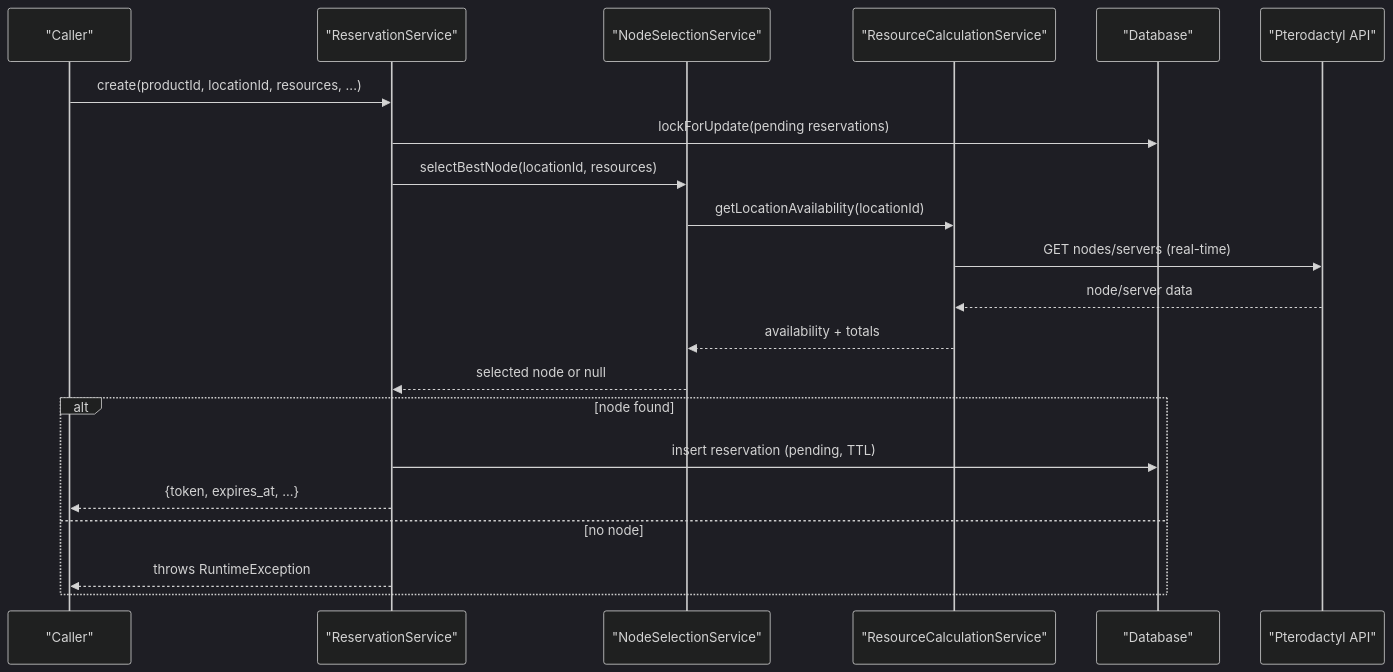
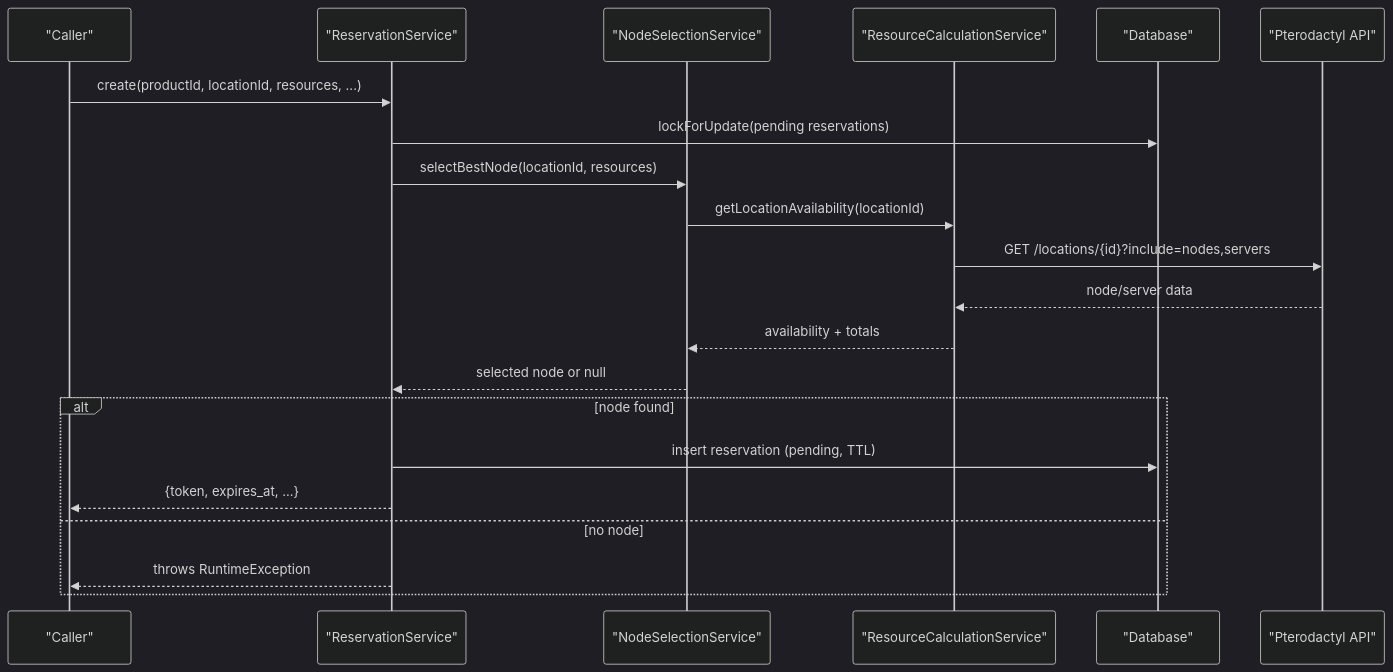
Before and after one commit to ObsidianNetwork/dynamic-pterodactyl: the second of 5 diagrams in .qoder/repowiki/en/content/Core Services/Core Services.md, drawn with Mermaid (dark theme). The commit also changed 3 other files, not shown here.

````diff
--- a/.qoder/repowiki/en/content/Core Services/Core Services.md
+++ b/.qoder/repowiki/en/content/Core Services/Core Services.md
@@ -96,23 +96,23 @@
 ```mermaid
 sequenceDiagram
 participant Client as "Caller"
 participant RSvc as "ReservationService"
 participant NSvc as "NodeSelectionService"
 participant RCSvc as "ResourceCalculationService"
 participant DB as "Database"
 participant PT as "Pterodactyl API"
 Client->>RSvc : create(productId, locationId, resources, ...)
 RSvc->>DB : lockForUpdate(pending reservations)
 RSvc->>NSvc : selectBestNode(locationId, resources)
 NSvc->>RCSvc : getLocationAvailability(locationId)
-RCSvc->>PT : GET nodes/servers (real-time)
+RCSvc->>PT : GET /locations/{id}?include=nodes,servers
 PT-->>RCSvc : node/server data
 RCSvc-->>NSvc : availability + totals
 NSvc-->>RSvc : selected node or null
 alt node found
 RSvc->>DB : insert reservation (pending, TTL)
 RSvc-->>Client : {token, expires_at, ...}
 else no node
 RSvc-->>Client : throws RuntimeException
 end
 ```
````
